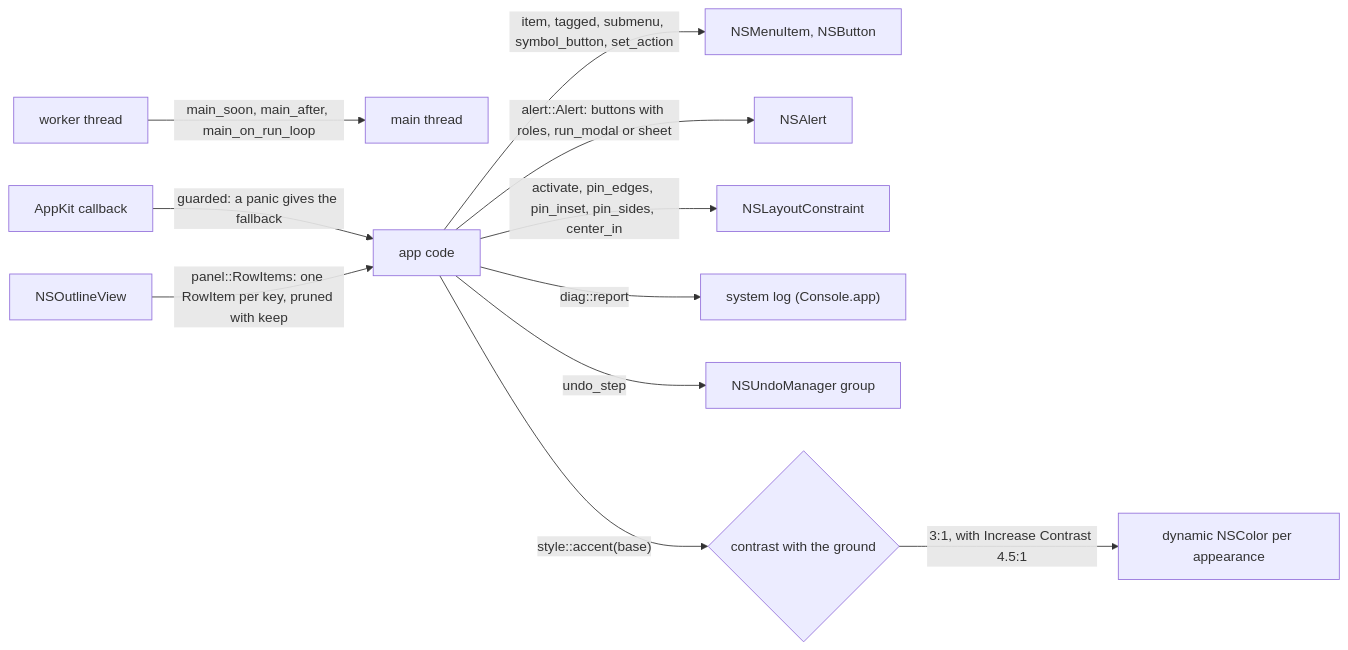
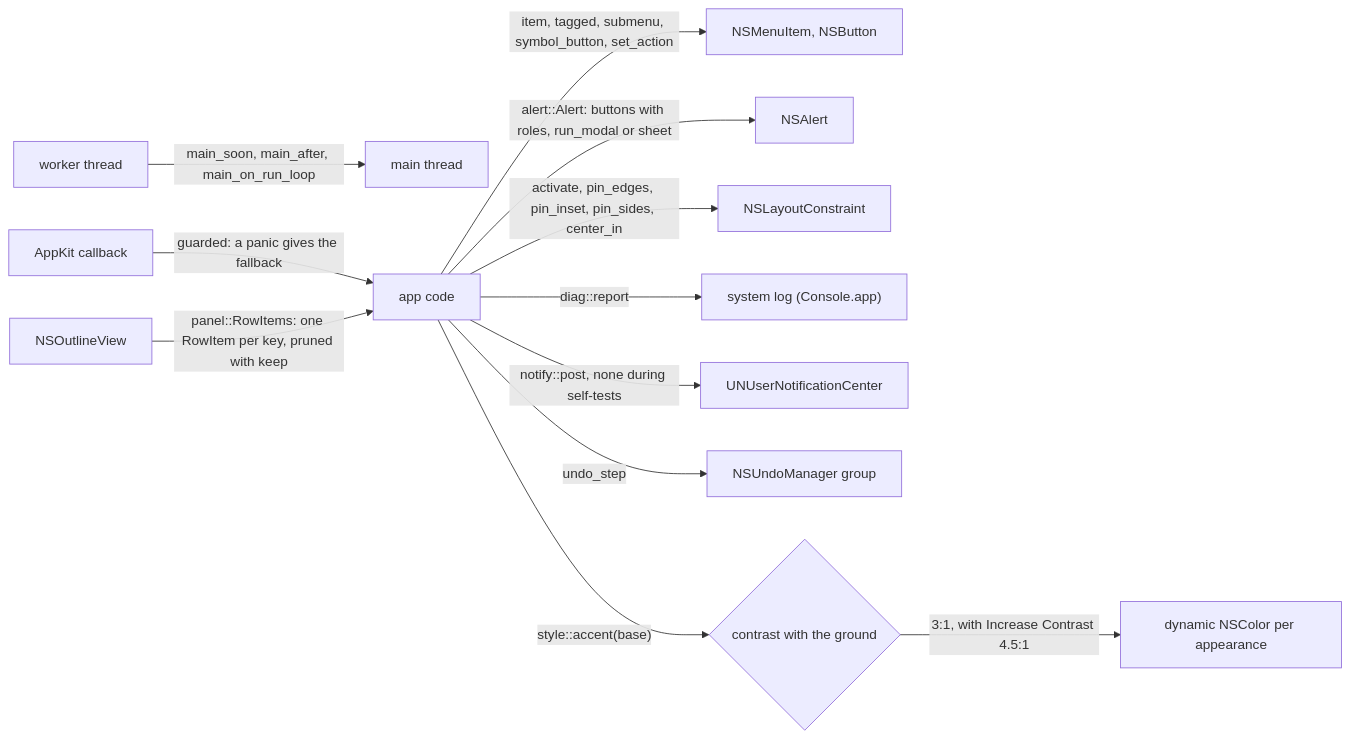
The diagram in crates/ide-ui-common/README.md (sventmueller/dango), drawn with Mermaid before and after one commit. The commit also changed other lines of this file and 44 other files, not shown here.

````diff
--- a/crates/ide-ui-common/README.md
+++ b/crates/ide-ui-common/README.md
@@ -9,13 +9,14 @@
 ```mermaid
 flowchart LR
     worker["worker thread"] -->|"main_soon, main_after, main_on_run_loop"| main["main thread"]
     appkit["AppKit callback"] -->|"guarded: a panic gives the fallback"| code["app code"]
     code -->|"item, tagged, submenu, symbol_button, set_action"| controls["NSMenuItem, NSButton"]
     code -->|"alert::Alert: buttons with roles, run_modal or sheet"| alert["NSAlert"]
     code -->|"activate, pin_edges, pin_inset, pin_sides, center_in"| constraints["NSLayoutConstraint"]
     outline["NSOutlineView"] -->|"panel::RowItems: one RowItem per key, pruned with keep"| code
     code -->|"diag::report"| log["system log (Console.app)"]
+    code -->|"notify::post, none during self-tests"| notifications["UNUserNotificationCenter"]
     code -->|"undo_step"| undo["NSUndoManager group"]
     code -->|"style::accent(base)"| accent{"contrast with the ground"}
     accent -->|"3:1, with Increase Contrast 4.5:1"| color["dynamic NSColor per appearance"]
 ```
````
